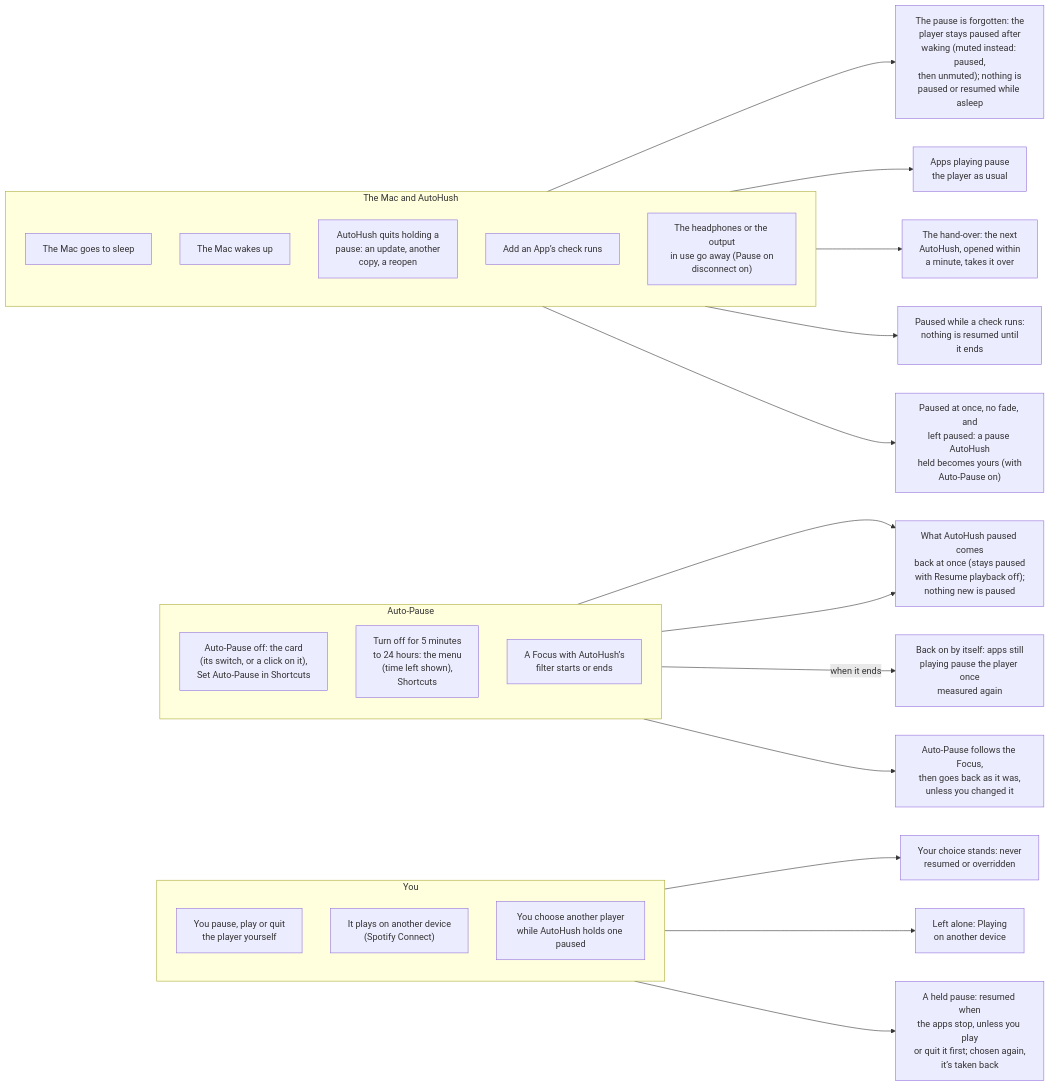
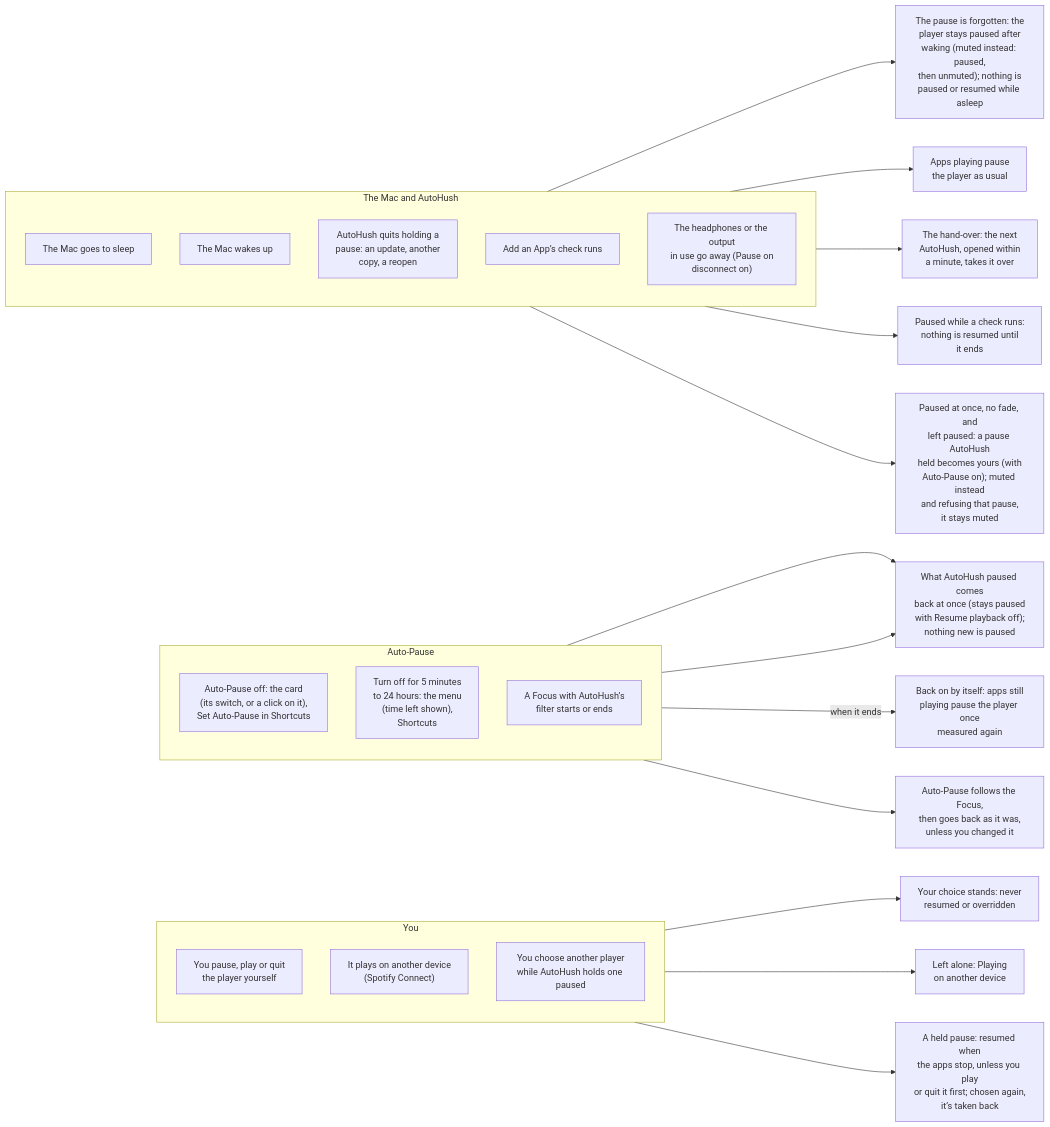
The fourth of 14 diagrams in WORKFLOWS.md (hfustercabre/AutoHush), drawn with Mermaid before and after one commit. The commit also changed other lines of this file and 3 other files, not shown here.

Commit message:
fix: a mute in place of the pause whose real pause is refused as the pause is kept stays muted, not lifted

````diff
--- a/WORKFLOWS.md
+++ b/WORKFLOWS.md
@@ -244,47 +244,47 @@
 ```mermaid
 flowchart LR
   subgraph YOU["You"]
     direction TB
     E1["You pause, play or quit<br/>the player yourself"]
     E2["It plays on another device<br/>(Spotify Connect)"]
     E3["You choose another player<br/>while AutoHush holds one paused"]
   end
   subgraph AUTO["Auto-Pause"]
     direction TB
     E4["Auto-Pause off: the card<br/>(its switch, or a click on it),<br/>Set Auto-Pause in Shortcuts"]
     E5["Turn off for 5 minutes<br/>to 24 hours: the menu<br/>(time left shown),<br/>Shortcuts"]
     E6["A Focus with AutoHush’s<br/>filter starts or ends"]
   end
   subgraph MAC["The Mac and AutoHush"]
     direction TB
     E7["The Mac goes to sleep"]
     E8["The Mac wakes up"]
     E9["AutoHush quits holding a<br/>pause: an update, another<br/>copy, a reopen"]
     E10["Add an App’s check runs"]
     E11["The headphones or the output<br/>in use go away (Pause on<br/>disconnect on)"]
   end
   R1["Your choice stands: never<br/>resumed or overridden"]
   R2["Left alone: Playing<br/>on another device"]
   R3["A held pause: resumed when<br/>the apps stop, unless you play<br/>or quit it first; chosen again,<br/>it’s taken back"]
   R4["What AutoHush paused comes<br/>back at once (stays paused<br/>with Resume playback off);<br/>nothing new is paused"]
   R5["Back on by itself: apps still<br/>playing pause the player once<br/>measured again"]
   R6["Auto-Pause follows the Focus,<br/>then goes back as it was,<br/>unless you changed it"]
   R7["The pause is forgotten: the<br/>player stays paused after<br/>waking (muted instead: paused,<br/>then unmuted); nothing is<br/>paused or resumed while asleep"]
   R8["Apps playing pause<br/>the player as usual"]
   R9["The hand-over: the next<br/>AutoHush, opened within<br/>a minute, takes it over"]
   R10["Paused while a check runs:<br/>nothing is resumed until<br/>it ends"]
-  R11["Paused at once, no fade, and<br/>left paused: a pause AutoHush<br/>held becomes yours (with<br/>Auto-Pause on)"]
+  R11["Paused at once, no fade, and<br/>left paused: a pause AutoHush<br/>held becomes yours (with<br/>Auto-Pause on); muted instead<br/>and refusing that pause,<br/>it stays muted"]
 
   E1 --> R1
   E2 --> R2
   E3 --> R3
   E4 --> R4
   E5 --> R4
   E5 -->|"when it ends"| R5
   E6 --> R6
   E7 --> R7
   E8 --> R8
   E9 --> R9
   E10 --> R10
   E11 --> R11
 ```
````
